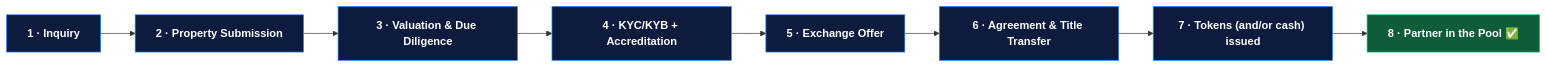
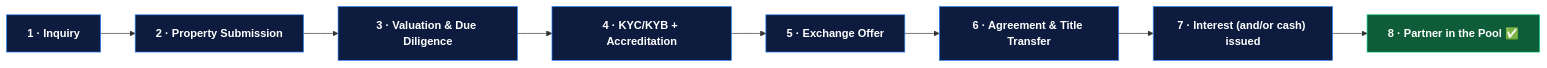
One commit to Gur-noor/Property-United changed the fourth of 4 diagrams in docs/investor-onboarding.md. Above: the diagram before and after it, drawn with Mermaid. The commit also changed other lines of this file and 5 other files, not shown here.

````diff
--- a/docs/investor-onboarding.md
+++ b/docs/investor-onboarding.md
@@ -200,11 +133,11 @@
 ```mermaid
 flowchart LR
     A["1 · Inquiry"] --> B["2 · Property Submission"] --> C["3 · Valuation & Due Diligence"]
     C --> D["4 · KYC/KYB + Accreditation"] --> E["5 · Exchange Offer"] --> F["6 · Agreement & Title Transfer"]
-    F --> G["7 · Tokens (and/or cash) issued"] --> H["8 · Partner in the Pool ✅"]
+    F --> G["7 · Interest (and/or cash) issued"] --> H["8 · Partner in the Pool ✅"]
 
     classDef step fill:#0d1b3e,stroke:#2E86FF,color:#ffffff,font-weight:600;
     classDef done fill:#0e5c38,stroke:#00be78,color:#fff,font-weight:bold;
     class A,B,C,D,E,F,G step;
     class H done;
 ```
````
